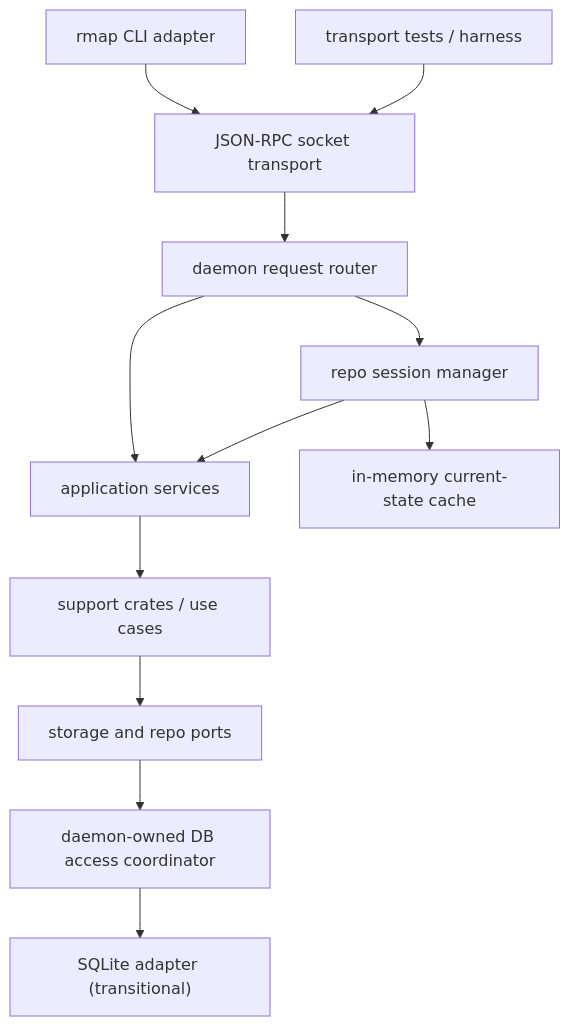
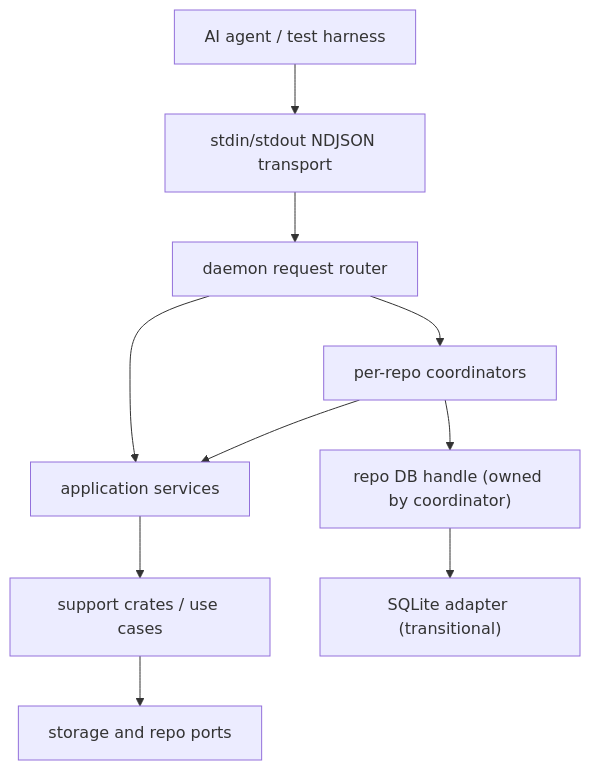
The diagram in docs/design/rmap-daemon-architecture.md (andreirx/repo-graph), drawn with Mermaid before and after one commit. The commit also changed other lines of this file and 21 other files, not shown here.

Commit message:
Set rmap daemon runtime foundations

````diff
--- a/docs/design/rmap-daemon-architecture.md
+++ b/docs/design/rmap-daemon-architecture.md
@@ -253,14 +315,12 @@
 ```mermaid
 flowchart TD
-    CLI["rmap CLI adapter"] --> RPC["JSON-RPC socket transport"]
-    Test["transport tests / harness"] --> RPC
-    RPC --> Router["daemon request router"]
-    Router --> Sessions["repo session manager"]
+    Agent["AI agent / test harness"] --> STDIO["stdin/stdout NDJSON transport"]
+    STDIO --> Router["daemon request router"]
+    Router --> Coordinators["per-repo coordinators"]
     Router --> Services["application services"]
-    Sessions --> Services
+    Coordinators --> Services
     Services --> Support["support crates / use cases"]
     Support --> Ports["storage and repo ports"]
-    Ports --> DBMux["daemon-owned DB access coordinator"]
-    DBMux --> SQLite["SQLite adapter (transitional)"]
-    Sessions --> Cache["in-memory current-state cache"]
+    Coordinators --> DB["repo DB handle (owned by coordinator)"]
+    DB --> SQLite["SQLite adapter (transitional)"]
 ```
````
